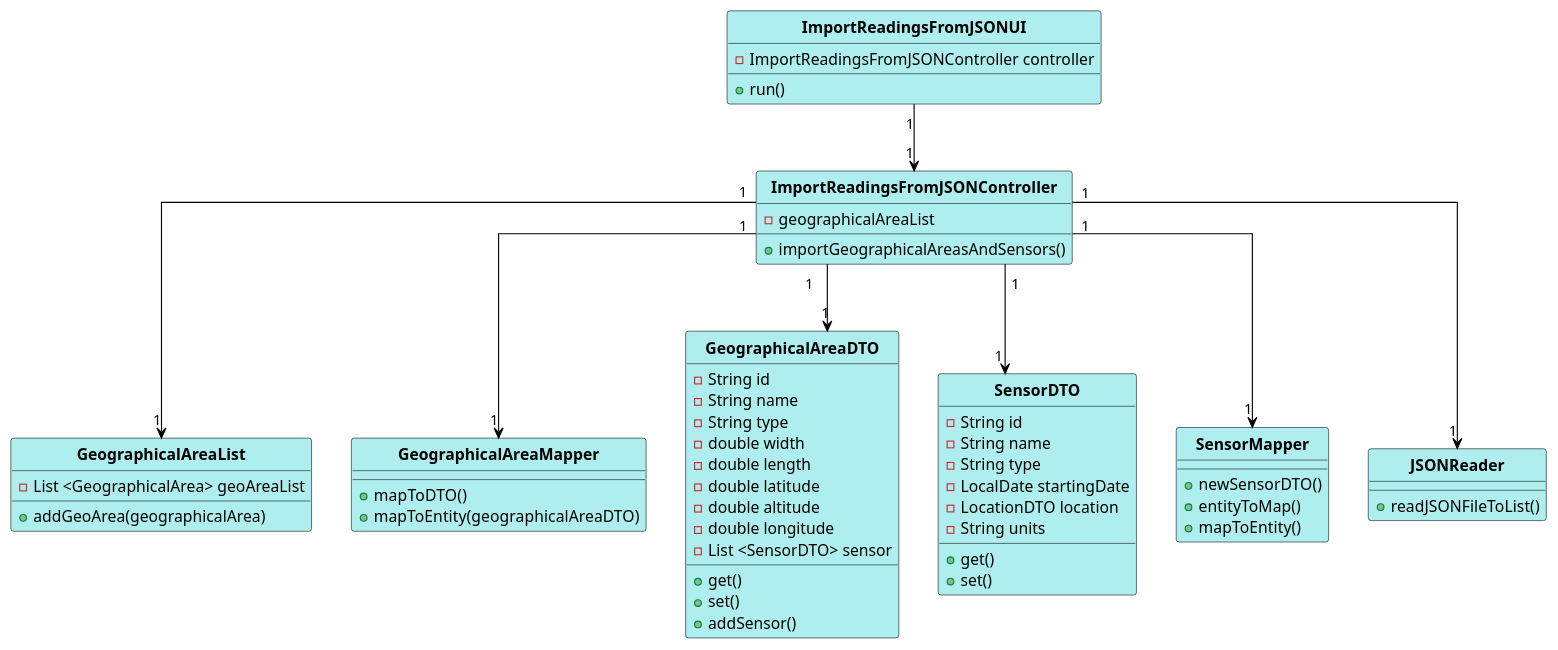
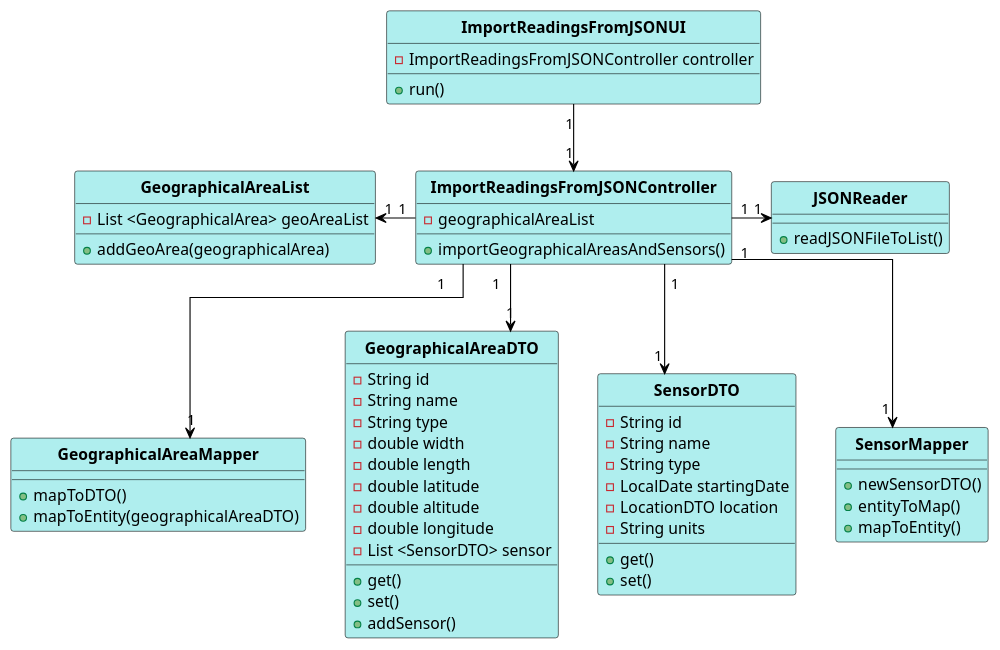
Before and after one commit to 1181687/hateoasToy: the diagram in src/main/java/pt/ipp/isep/dei/project/controllers/importReadingsFromJSONController/CD_ImportReadingsFromJSON.puml, drawn with PlantUML. The commit also changed 7 other files, not shown here.

Commit message:
Changes to Class Diagrams (presentation ready format)

```diff
--- a/src/main/java/pt/ipp/isep/dei/project/controllers/importReadingsFromJSONController/CD_ImportReadingsFromJSON.puml
+++ b/src/main/java/pt/ipp/isep/dei/project/controllers/importReadingsFromJSONController/CD_ImportReadingsFromJSON.puml
@@ -1,79 +1,79 @@
 @startuml
 skinparam linetype ortho
 
 skinparam class {
 	BackgroundColor PaleTurquoise
 	ArrowColor Black
 	BorderColor Black
 	FontStyle Bold
 }
 
 hide circle
 
 ImportReadingsFromJSONUI "1" --> "1" ImportReadingsFromJSONController
-ImportReadingsFromJSONController  "1" --> "1" GeographicalAreaList
+ImportReadingsFromJSONController  "1" -left-> "1" GeographicalAreaList
 ImportReadingsFromJSONController  "1" --> "1" GeographicalAreaMapper
 ImportReadingsFromJSONController  "1" --> "1" GeographicalAreaDTO
 ImportReadingsFromJSONController  "1" --> "1" SensorDTO
 ImportReadingsFromJSONController  "1" --> "1" SensorMapper
-ImportReadingsFromJSONController  "1" --> "1" JSONReader
+ImportReadingsFromJSONController  "1" -right-> "1" JSONReader
 
 Class ImportReadingsFromJSONUI {
 -ImportReadingsFromJSONController controller
 +run()
 
 }
 
 Class ImportReadingsFromJSONController {
 -geographicalAreaList
 +importGeographicalAreasAndSensors()
 }
 
 Class GeographicalAreaMapper {
 +mapToDTO()
 +mapToEntity(geographicalAreaDTO)
 }
 
 Class GeographicalAreaList {
 -List <GeographicalArea> geoAreaList
 +addGeoArea(geographicalArea)
 }
 
 Class GeographicalAreaDTO {
 - String id
 - String name
 - String type
 - double width
 - double length
 - double latitude
 - double altitude
 - double longitude
 - List <SensorDTO> sensor
 + get()
 + set()
 + addSensor()
 }
 
 Class SensorDTO {
 - String id
 - String name
 - String type
 - LocalDate startingDate
 - LocationDTO location
 - String units
 + get()
 + set()
 }
 
 Class SensorMapper {
 
 +newSensorDTO()
 +entityToMap()
 +mapToEntity()
 }
 
 Class JSONReader {
 + readJSONFileToList()
 }
 
 @enduml
```
